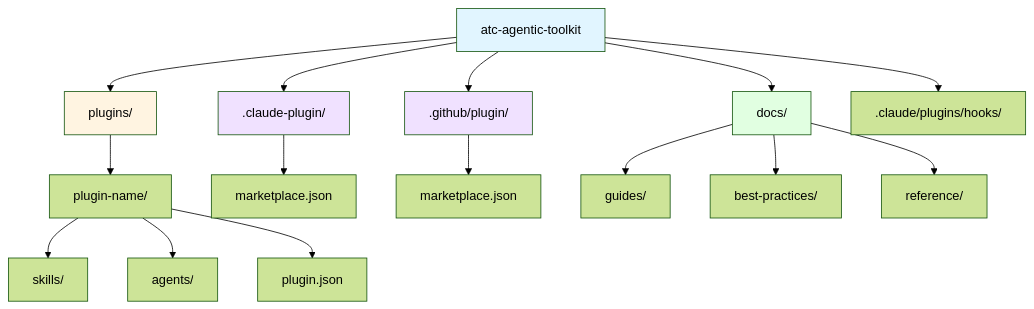
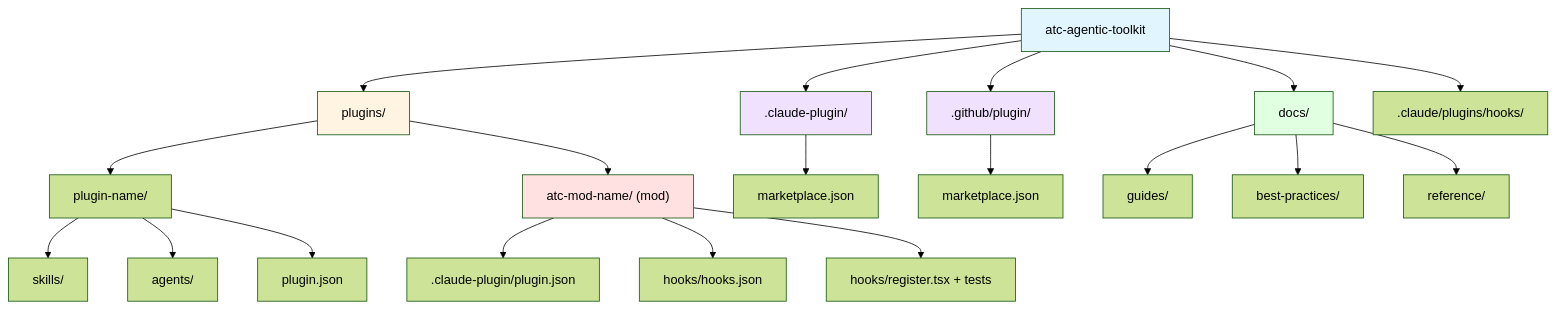
The diagram in README.md (atc-net/atc-agentic-toolkit), drawn with Mermaid (forest theme) before and after one commit. The commit also changed other lines of this file and 1 other file, not shown here.

````diff
--- a/README.md
+++ b/README.md
@@ -160,26 +181,32 @@
 ```mermaid
 graph TD
     A[atc-agentic-toolkit] --> B[plugins/]
     A --> C[.claude-plugin/]
     A --> G[.github/plugin/]
     A --> D[docs/]
     A --> H[.claude/plugins/hooks/]
 
     B --> E["plugin-name/"]
     E --> F[skills/]
     E --> I[agents/]
     E --> K[plugin.json]
 
+    B --> P["atc-mod-name/ (mod)"]
+    P --> Q[".claude-plugin/plugin.json"]
+    P --> R["hooks/hooks.json"]
+    P --> S["hooks/register.tsx + tests"]
+
     C --> J[marketplace.json]
     G --> L[marketplace.json]
 
     D --> M[guides/]
     D --> N[best-practices/]
     D --> O[reference/]
 
     style A fill:#e1f5ff
     style B fill:#fff4e1
+    style P fill:#ffe1e1
     style C fill:#f0e1ff
     style G fill:#f0e1ff
     style D fill:#e1ffe1
 ```
````
